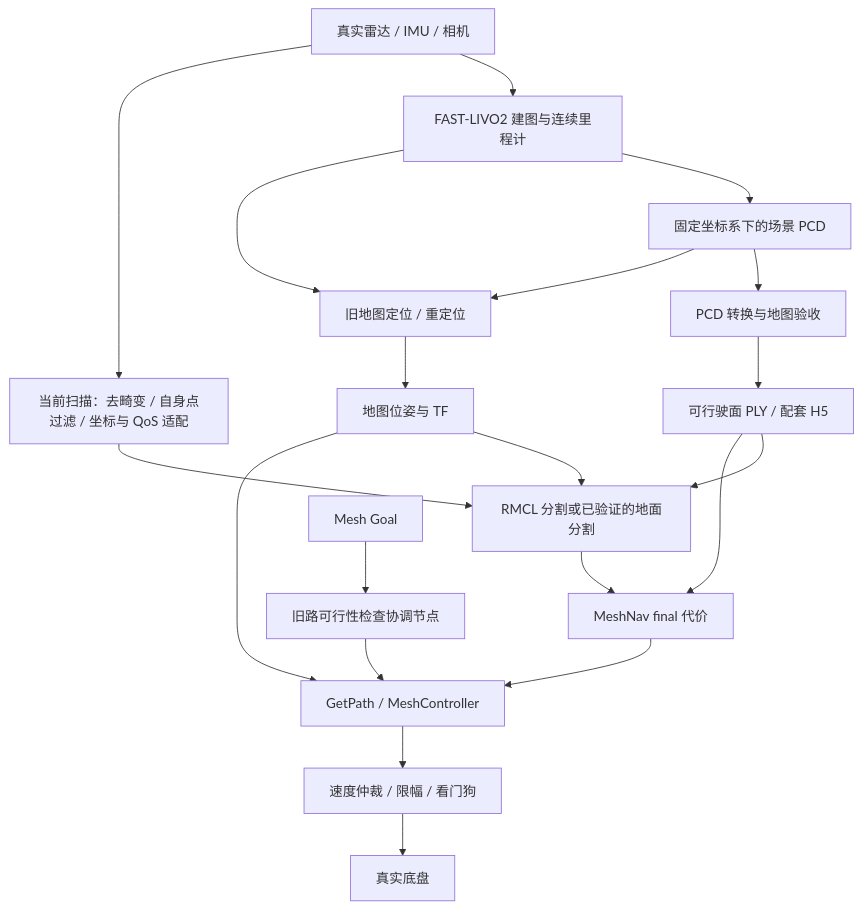
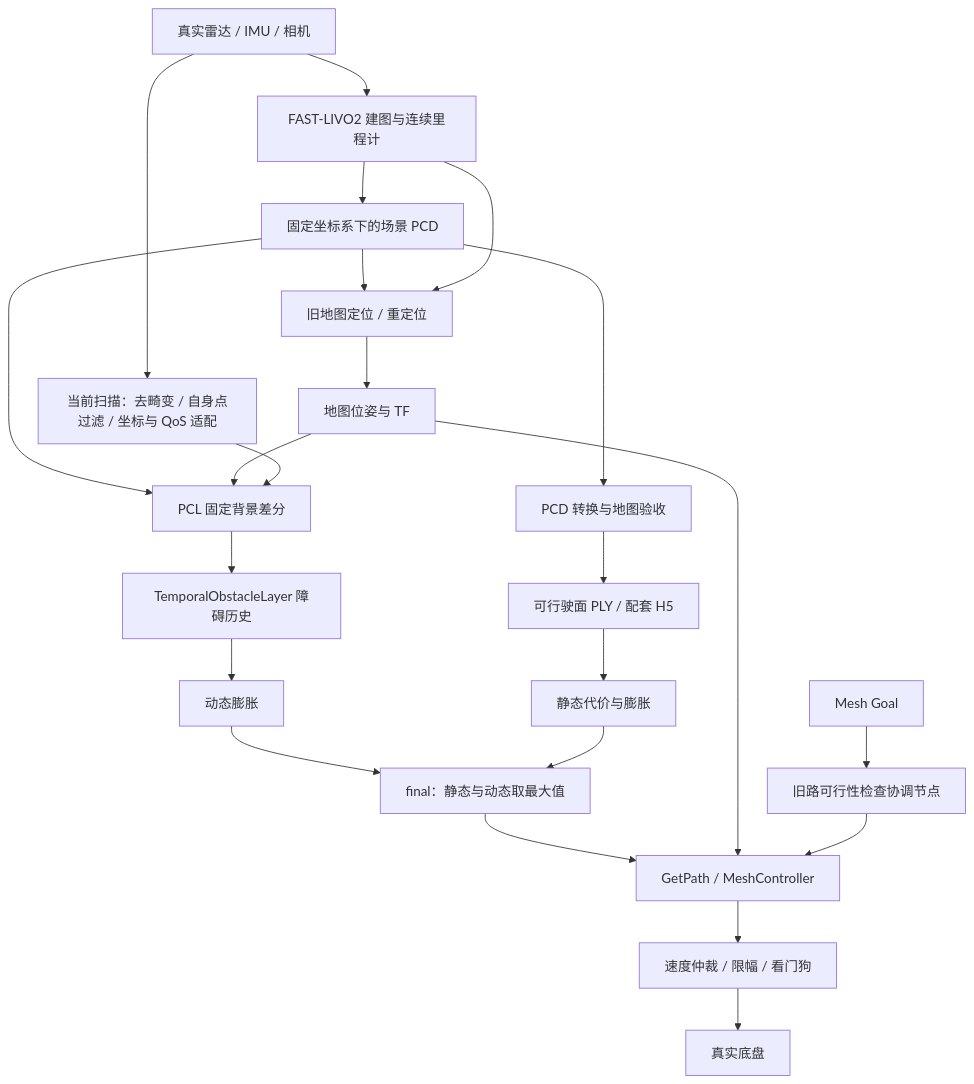
The diagram in SIM2REAL指南.md (juyanlanfeng/nav_test_fix), drawn with Mermaid before and after one commit. The commit also changed other lines of this file, not shown here.

````diff
--- a/SIM2REAL指南.md
+++ b/SIM2REAL指南.md
@@ -46,22 +131,25 @@
 ```mermaid
 flowchart TD
     A[真实雷达 / IMU / 相机] --> B[FAST-LIVO2 建图与连续里程计]
     B --> C[固定坐标系下的场景 PCD]
     C --> D[PCD 转换与地图验收]
     D --> E[可行驶面 PLY / 配套 H5]
     C --> F[旧地图定位 / 重定位]
     B --> F
     F --> G[地图位姿与 TF]
     A --> H[当前扫描：去畸变 / 自身点过滤 / 坐标与 QoS 适配]
-    G --> I[RMCL 分割或已验证的地面分割]
+    C --> I[PCL 固定背景差分]
+    G --> I
     H --> I
-    E --> I
-    E --> J[MeshNav final 代价]
-    I --> J
+    I --> T[TemporalObstacleLayer 障碍历史]
+    T --> U[动态膨胀]
+    E --> S[静态代价与膨胀]
+    U --> J[final：静态与动态取最大值]
+    S --> J
     J --> K[GetPath / MeshController]
     G --> K
     L[Mesh Goal] --> M[旧路可行性检查协调节点]
     M --> K
     K --> N[速度仲裁 / 限幅 / 看门狗]
     N --> O[真实底盘]
 ```
````
